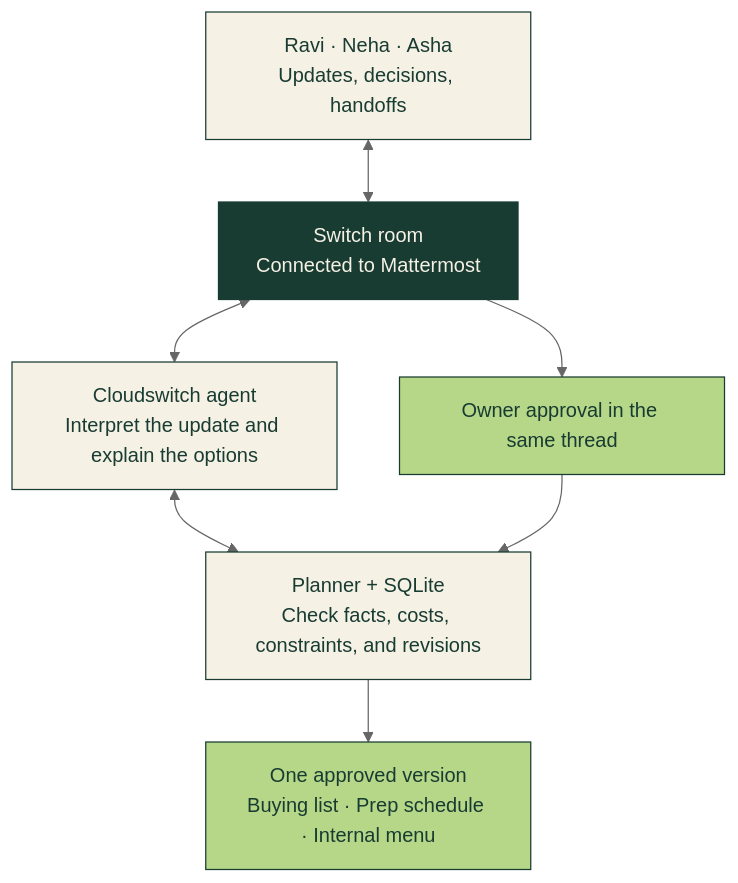
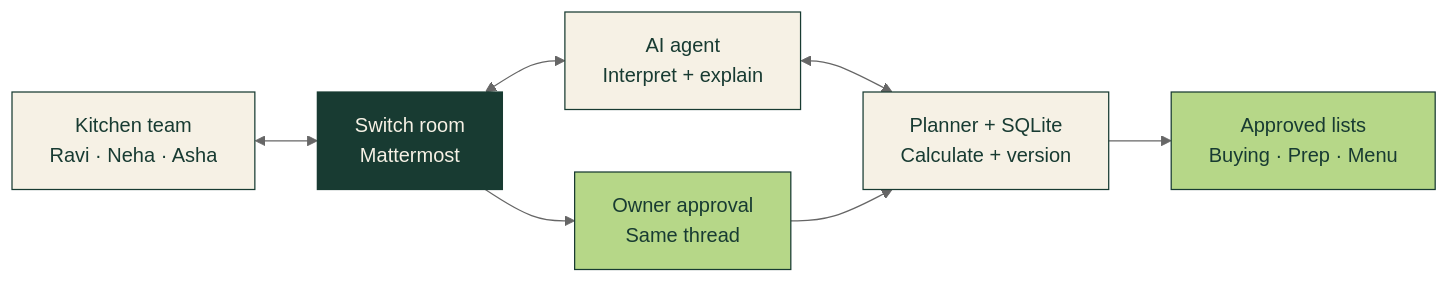
The diagram in README.md (OptimistOtaku/Cloudswitch), drawn with Mermaid (neutral theme) before and after one commit.

Commit message:
Keep README workflow diagram compact on GitHub

````diff
--- a/README.md
+++ b/README.md
@@ -122,23 +122,23 @@
 ```mermaid
-flowchart TB
-    Team["Ravi · Neha · Asha<br/>Updates, decisions, handoffs"]
-    Room["Switch room<br/>Connected to Mattermost"]
-    Agent["Cloudswitch agent<br/>Interpret the update and explain the options"]
-    Planner["Planner + SQLite<br/>Check facts, costs, constraints, and revisions"]
-    Approval["Owner approval in the same thread"]
-    Lists["One approved version<br/>Buying list · Prep schedule · Internal menu"]
+flowchart LR
+    Team["Kitchen team<br/>Ravi · Neha · Asha"]
+    Room["Switch room<br/>Mattermost"]
+    Agent["AI agent<br/>Interpret + explain"]
+    Planner["Planner + SQLite<br/>Calculate + version"]
+    Approval["Owner approval<br/>Same thread"]
+    Lists["Approved lists<br/>Buying · Prep · Menu"]
 
     Team <--> Room
     Room <--> Agent
     Agent <--> Planner
     Room --> Approval
     Approval --> Planner
     Planner --> Lists
 
     classDef room fill:#183b32,color:#f6f1e5,stroke:#183b32
     classDef action fill:#b6d788,color:#183b32,stroke:#183b32
     classDef normal fill:#f6f1e5,color:#183b32,stroke:#183b32
     class Room room
     class Approval,Lists action
     class Team,Agent,Planner normal
 ```
````
